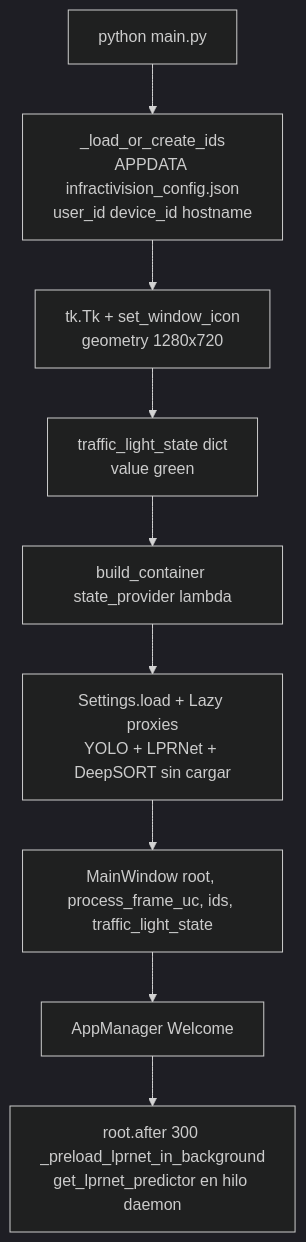
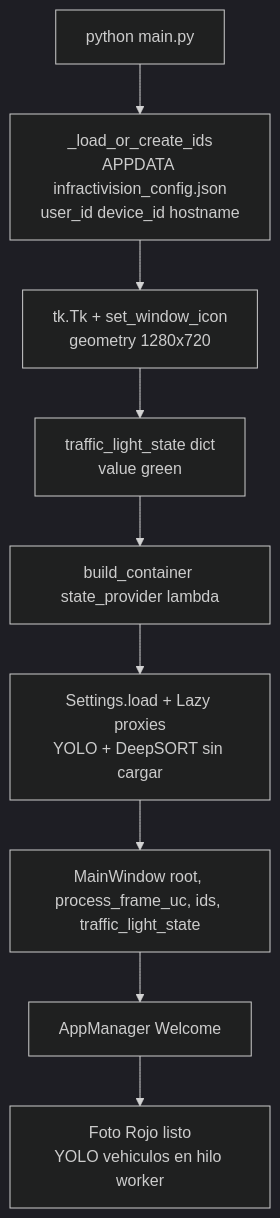
The sixth of 7 diagrams in DOC.md (AbelMoyaICSI/InfractiVision), drawn with Mermaid (dark theme) before and after one commit. The commit also changed other lines of this file and 3 other files, not shown here.

````diff
--- a/DOC.md
+++ b/DOC.md
@@ -238,11 +238,11 @@
 ```mermaid
 flowchart TD
     A[python main.py] --> B[_load_or_create_ids<br/>APPDATA infractivision_config.json<br/>user_id device_id hostname]
     B --> C[tk.Tk + set_window_icon<br/>geometry 1280x720]
     C --> D[traffic_light_state dict<br/>value green]
     D --> E[build_container state_provider lambda]
-    E --> F[Settings.load + Lazy proxies<br/>YOLO + LPRNet + DeepSORT sin cargar]
+    E --> F[Settings.load + Lazy proxies<br/>YOLO + DeepSORT sin cargar]
     F --> G[MainWindow root, process_frame_uc, ids, traffic_light_state]
     G --> H[AppManager Welcome]
-    H --> I[root.after 300 _preload_lprnet_in_background<br/>get_lprnet_predictor en hilo daemon]
+    H --> I[Foto Rojo listo<br/>YOLO vehiculos en hilo worker]
 ```
````
